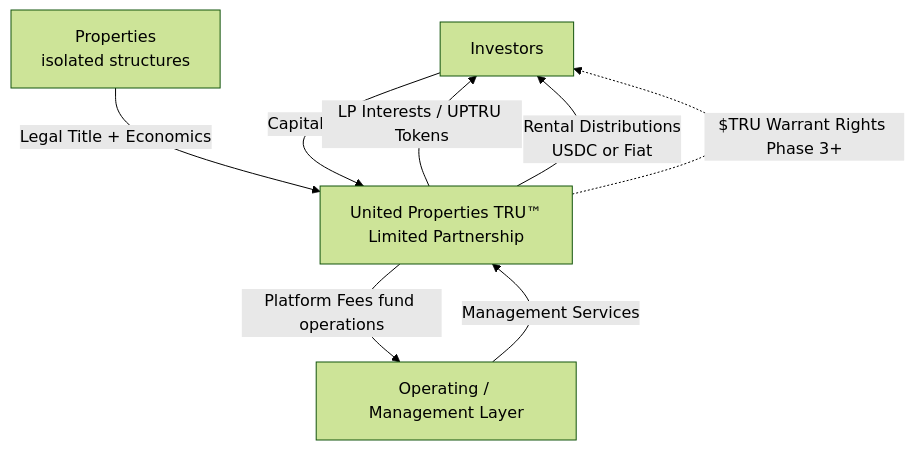
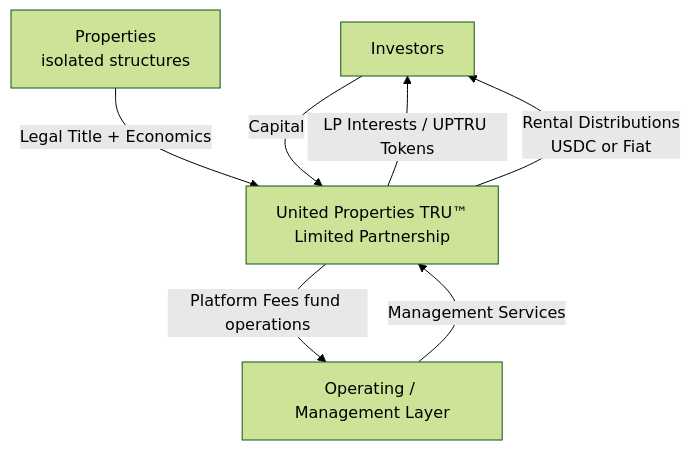
The diagram in docs/platform-ecosystem.md (Gur-noor/Property-United), drawn with Mermaid (forest theme) before and after one commit. The commit also changed other lines of this file and 15 other files, not shown here.

````diff
--- a/docs/platform-ecosystem.md
+++ b/docs/platform-ecosystem.md
@@ -29,10 +29,9 @@
 ```mermaid
 graph TD
     A[Investors] -->|Capital| B[United Properties TRU™<br/>Limited Partnership]
     B -->|LP Interests / UPTRU Tokens| A
     B -->|Rental Distributions<br/>USDC or Fiat| A
     C[Properties<br/>isolated structures] -->|Legal Title + Economics| B
     D[Operating / Management Layer] -->|Management Services| B
     B -->|Platform Fees fund operations| D
-    B -.->|$TRU Warrant Rights Phase 3+| A
 ```
````
